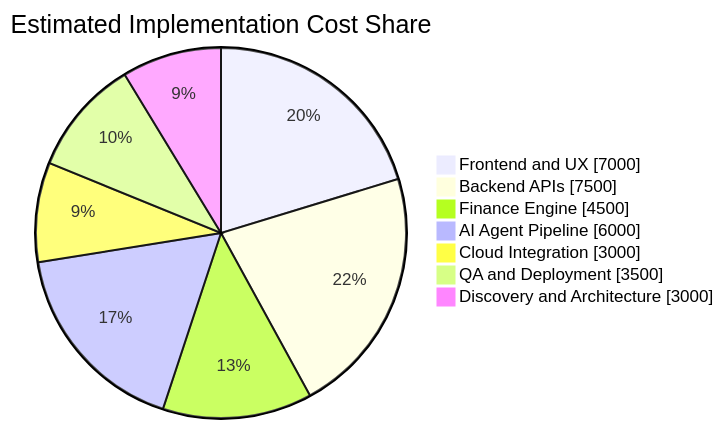
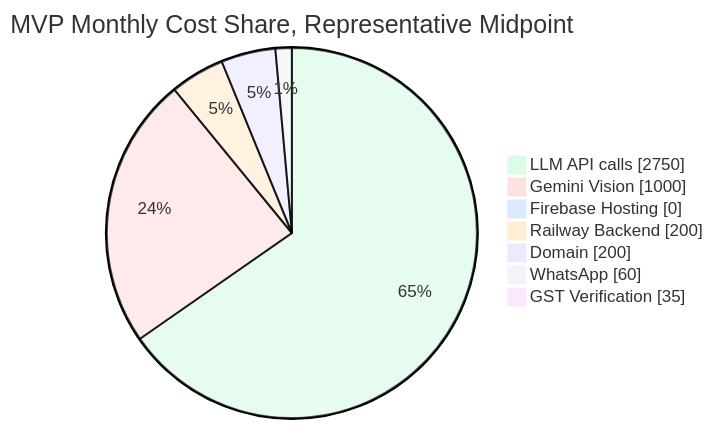
One commit to HeetRanpura/NIV-AI changed diagram 15 of 15 in README.md. Above: the diagram before and after it, drawn with Mermaid. The commit also changed other lines of this file, not shown here.

Commit message:
Refine README diagrams and cost model

````diff
--- a/README.md
+++ b/README.md
@@ -1292,11 +1509,12 @@
 ```mermaid
+%%{init: {"theme":"base","themeVariables":{"pie1":"#dcfce7","pie2":"#fee2e2","pie3":"#dbeafe","pie4":"#ffedd5","pie5":"#ede9fe","pie6":"#f1f5f9","pie7":"#fae8ff","fontFamily":"Inter, Arial"}}}%%
 pie showData
-    title Estimated Implementation Cost Share
-    "Frontend and UX" : 7000
-    "Backend APIs" : 7500
-    "Finance Engine" : 4500
-    "AI Agent Pipeline" : 6000
-    "Cloud Integration" : 3000
-    "QA and Deployment" : 3500
-    "Discovery and Architecture" : 3000
+    title MVP Monthly Cost Share, Representative Midpoint
+    "LLM API calls" : 2750
+    "Gemini Vision" : 1000
+    "Firebase Hosting" : 0
+    "Railway Backend" : 200
+    "Domain" : 200
+    "WhatsApp" : 60
+    "GST Verification" : 35
 ```
````
